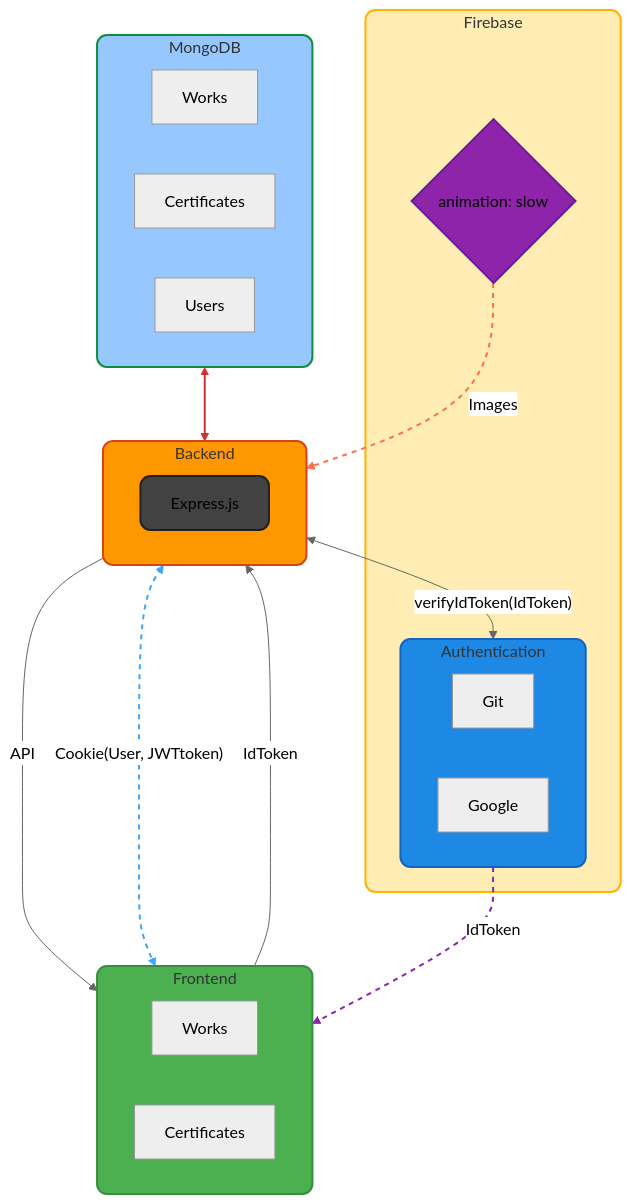
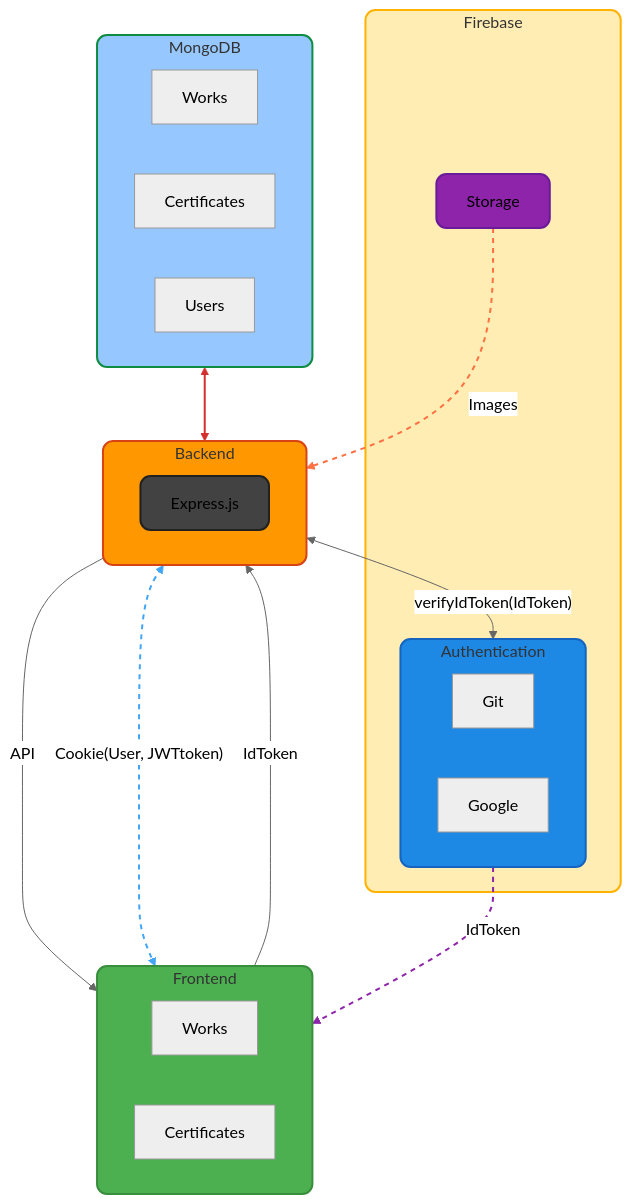
One commit to max200pl/portfolio-react-client changed the diagram in README.md. Above: the diagram before and after it, drawn with Mermaid (neutral theme). The commit also changed other lines of this file, not shown here.

````diff
--- a/README.md
+++ b/README.md
@@ -9,50 +9,49 @@
 ``` mermaid
 flowchart TD
  subgraph Frontend["Frontend"]
         Works["Works"]
         Certificates["Certificates"]
   end
  subgraph Firebase["Firebase"]
         Authentication["Authentication"]
         Storage["Storage"]
   end
  subgraph Authentication["Authentication"]
         Git["Git"]
         Google["Google"]
   end
  subgraph Backend["Backend"]
         Express.js["Express.js"]
   end
  subgraph MongoDB["MongoDB"]
         dbWorks["Works"]
         dbCertificates["Certificates"]
         dbUsers["Users"]
   end
 
     Storage -- Images --> Backend
     Backend -- API --> Frontend
     MongoDB <--> Backend
     Authentication -- IdToken --> Frontend
     Frontend -- IdToken --> Backend
     Backend <-- Cookie(User, JWTtoken) --> Frontend
     Backend <-- verifyIdToken(IdToken) --> Authentication
 
     classDef animLink stroke-width:3px,stroke-dasharray:5 5,animation: slow
     style Authentication fill:#1E88E5,stroke:#1565C0,stroke-width:2px,rx:10,ry:10
     style Storage fill:#8E24AA,stroke:#6A1B9A,stroke-width:2px,rx:10,ry:10
     style Express.js fill:#424242,stroke:#212121,stroke-width:2px,rx:10,ry:10
     style Backend fill:#FF9800,stroke:#D84315,stroke-width:2px,rx:10,ry:10
     style Frontend fill:#4CAF50,stroke:#388E3C,stroke-width:2px,rx:10,ry:10
     style MongoDB fill:#3794ff85,stroke:#0D8C42,stroke-width:2px,rx:10,ry:10
     style Firebase fill:#ffca2859 ,stroke:#FFB300,stroke-width:2px,rx:10,ry:10
     linkStyle 0 stroke:#FF7043,stroke-width:2px,stroke-dasharray:5 5,fill:none
     linkStyle 2 stroke:#D32F2F,stroke-width:2px,fill:none
     linkStyle 3 stroke:#8E24AA,stroke-width:2px,stroke-dasharray:5 5,fill:none
     linkStyle 5 stroke:#42A5F5,stroke-width:2px,stroke-dasharray:5 5,fill:none
 
-    Storage{ animation: slow }
     Backend{ animation: fast }
     Authentication{ animation: slow }
     Frontend{ animation: slow }
     Backend{ animation: slow }
 ```
````
